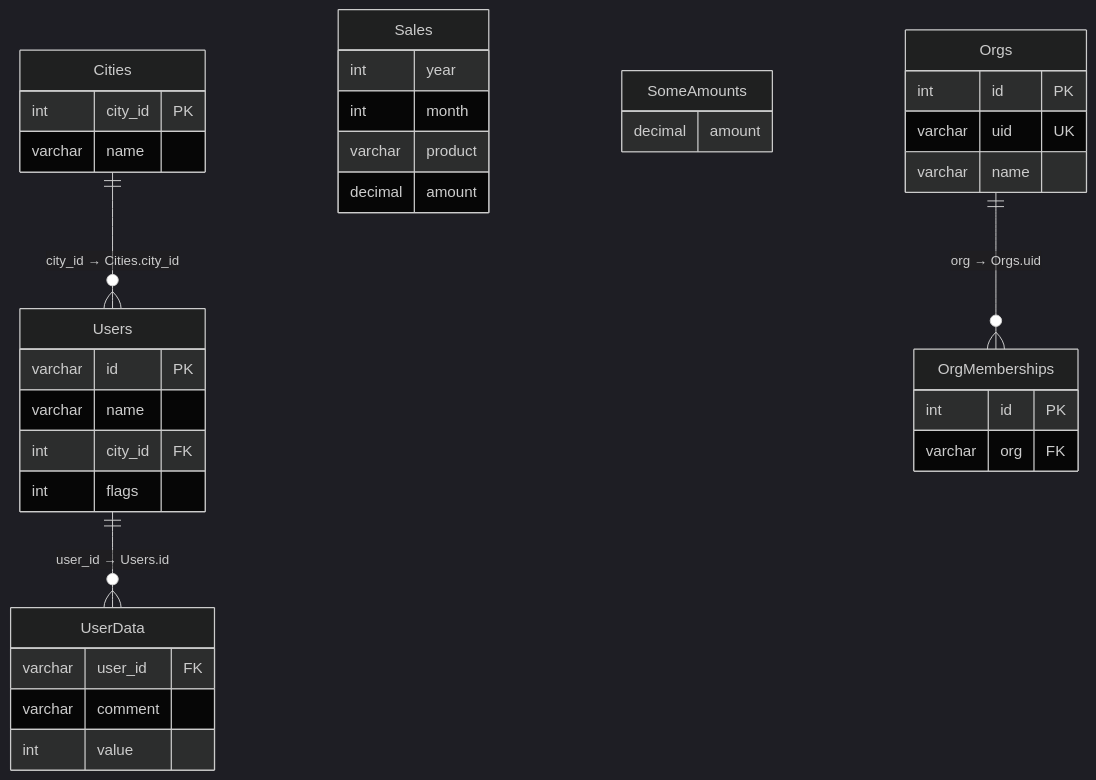
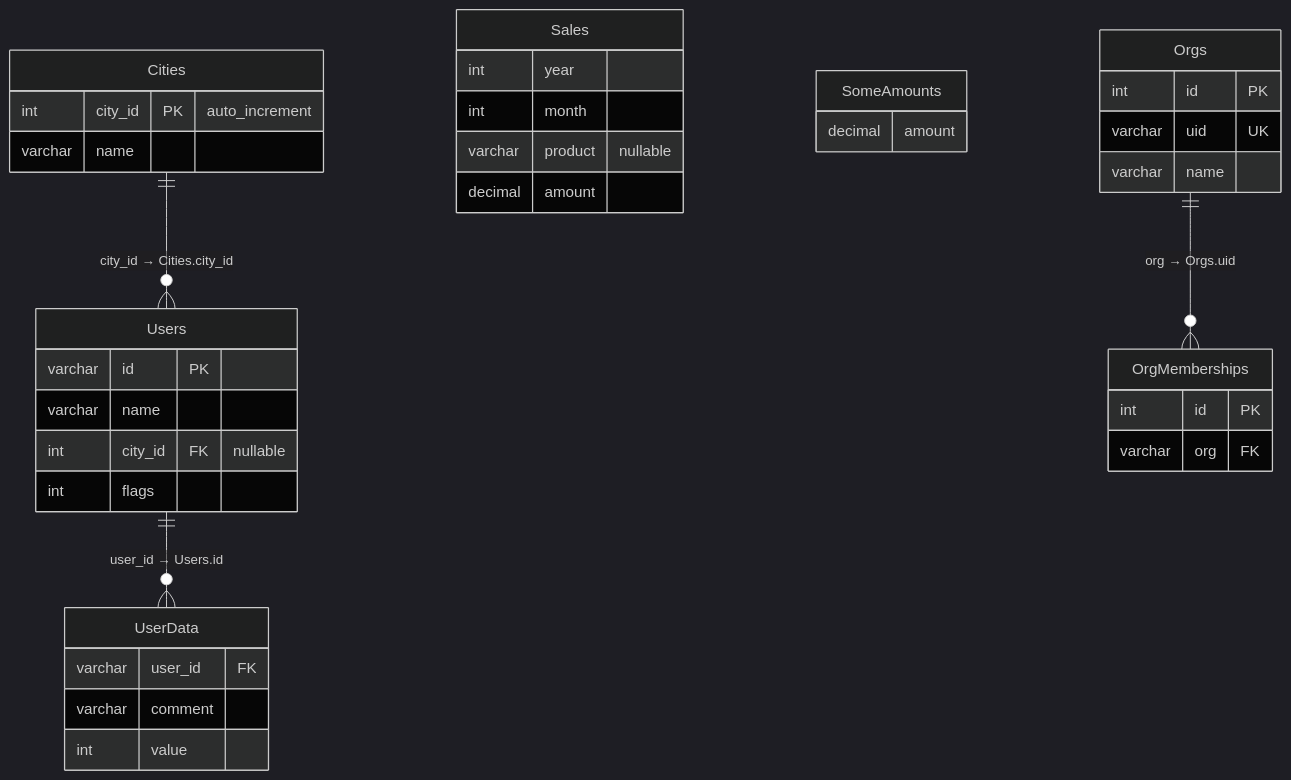
Before and after one commit to bluetape4k/exposed-r2dbc-workshop: the diagram in 05-exposed-r2dbc-dml/01-dml/README.md, drawn with Mermaid (dark theme).

Commit message:
docs: 01-dml erDiagram nullable/autoIncrement 정보 보강

````diff
--- a/05-exposed-r2dbc-dml/01-dml/README.md
+++ b/05-exposed-r2dbc-dml/01-dml/README.md
@@ -185,40 +185,40 @@
 ```mermaid
 erDiagram
     Cities {
-        int city_id PK
+        int city_id PK "auto_increment"
         varchar name
     }
     Users {
         varchar id PK
         varchar name
-        int city_id FK
+        int city_id FK "nullable"
         int flags
     }
     UserData {
         varchar user_id FK
         varchar comment
         int value
     }
     Sales {
         int year
         int month
-        varchar product
+        varchar product "nullable"
         decimal amount
     }
     SomeAmounts {
         decimal amount
     }
     Orgs {
         int id PK
         varchar uid UK
         varchar name
     }
     OrgMemberships {
         int id PK
         varchar org FK
     }
 
     Cities ||--o{ Users : "city_id → Cities.city_id"
     Users ||--o{ UserData : "user_id → Users.id"
     Orgs ||--o{ OrgMemberships : "org → Orgs.uid"
 ```
````
